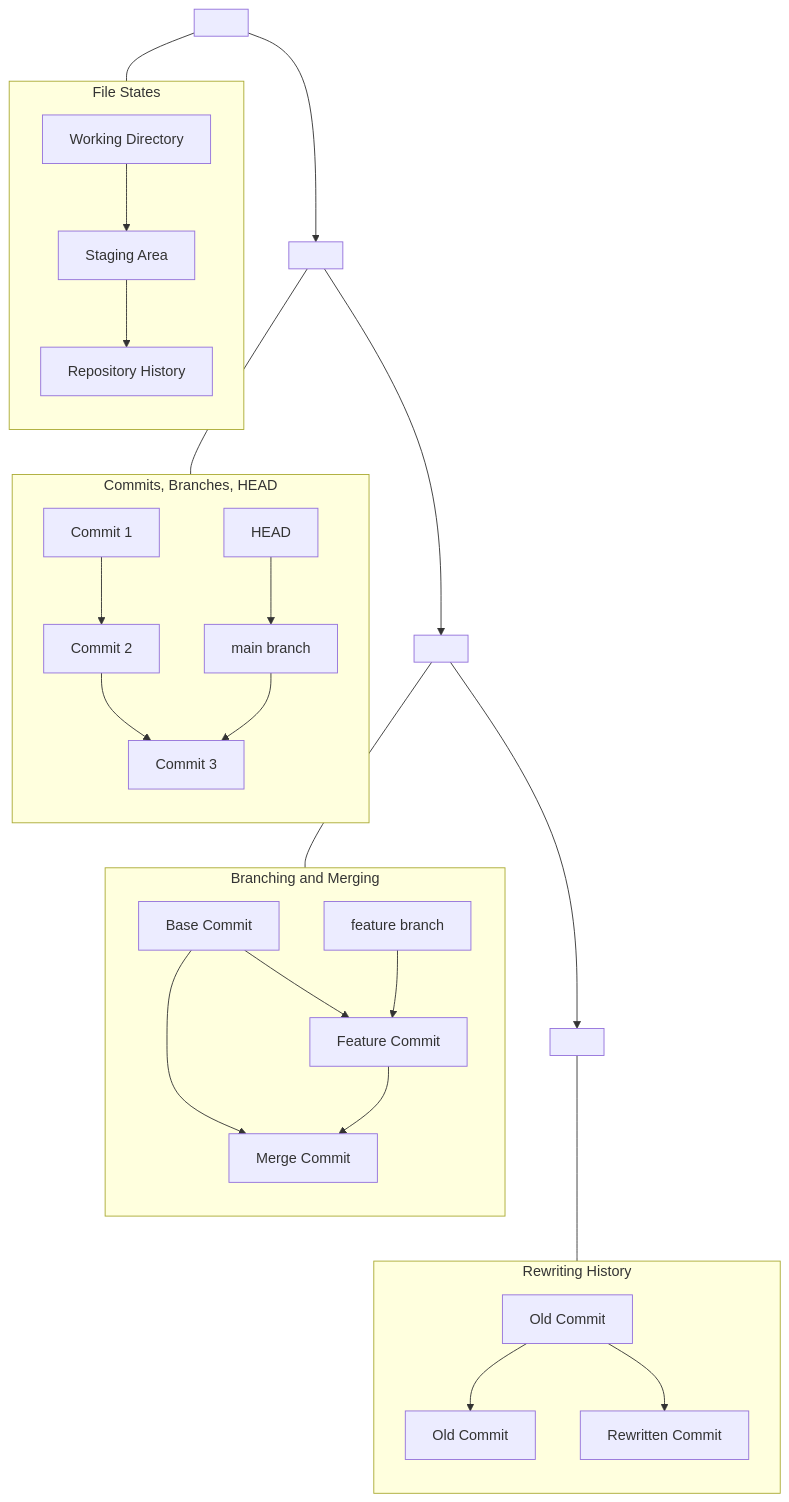
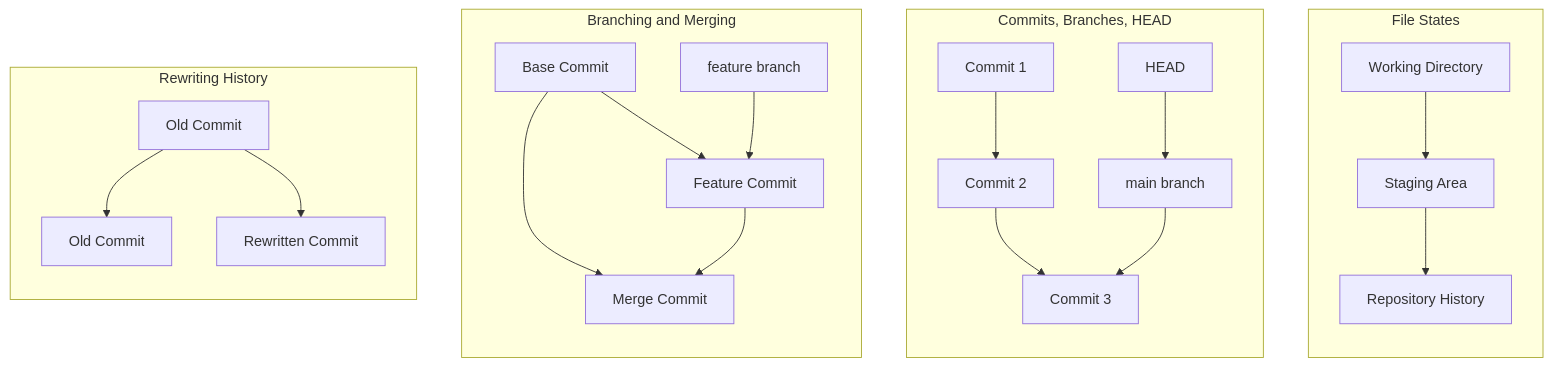
One commit to ThejeshwarAB/tech-notes changed the diagram in git/diagrams.mmd. Above: the diagram before and after it, drawn with Mermaid.

Commit message:
add git diagram changes

```diff
--- a/git/diagrams.mmd
+++ b/git/diagrams.mmd
@@ -1,57 +1,52 @@
 flowchart TB
 
-%% invisible anchors to force vertical layout
-A1[" "] --> A2[" "] --> A3[" "] --> A4[" "]
+%% =========================
+%% Git mental models
+%% =========================
 
 subgraph S1["File States"]
     direction TB
     WT["Working Directory"]
     SA["Staging Area"]
     REPO["Repository History"]
 
     WT --> SA
     SA --> REPO
 end
 
 subgraph S2["Commits, Branches, HEAD"]
     direction TB
     C1["Commit 1"]
     C2["Commit 2"]
     C3["Commit 3"]
 
     C1 --> C2
     C2 --> C3
 
     main["main branch"] --> C3
     HEAD["HEAD"] --> main
 end
 
 subgraph S3["Branching and Merging"]
     direction TB
     B1["Base Commit"]
     F1["Feature Commit"]
     M1["Merge Commit"]
 
     B1 --> F1
     B1 --> M1
     F1 --> M1
 
     feature["feature branch"] --> F1
 end
 
 subgraph S4["Rewriting History"]
     direction TB
     O1["Old Commit"]
     O2["Old Commit"]
 
     O1 --> O2
 
     R1["Rewritten Commit"]
     O1 --> R1
 end
-
-%% force vertical ordering
-A1 --- S1
-A2 --- S2
-A3 --- S3
-A4 --- S4
```
